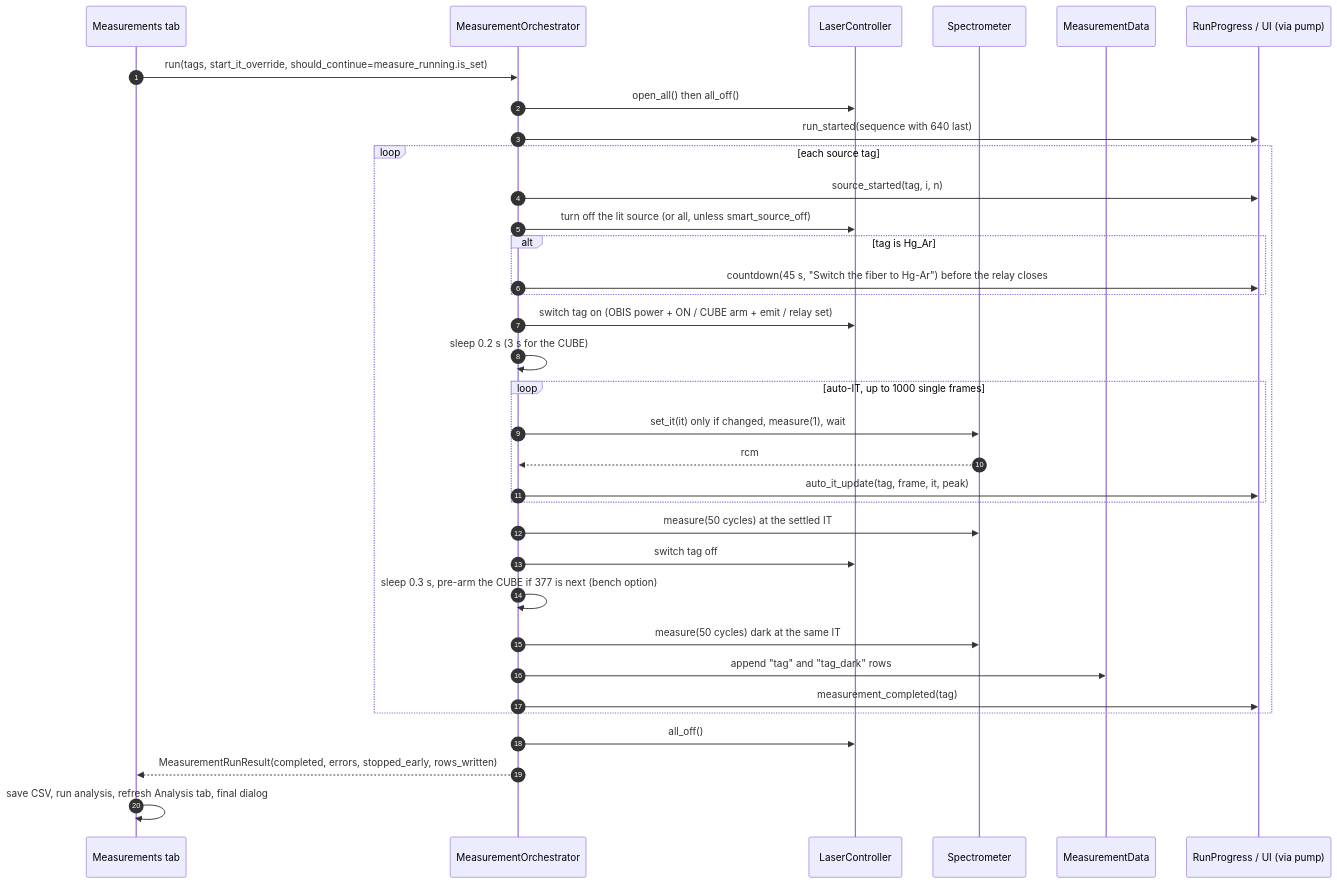
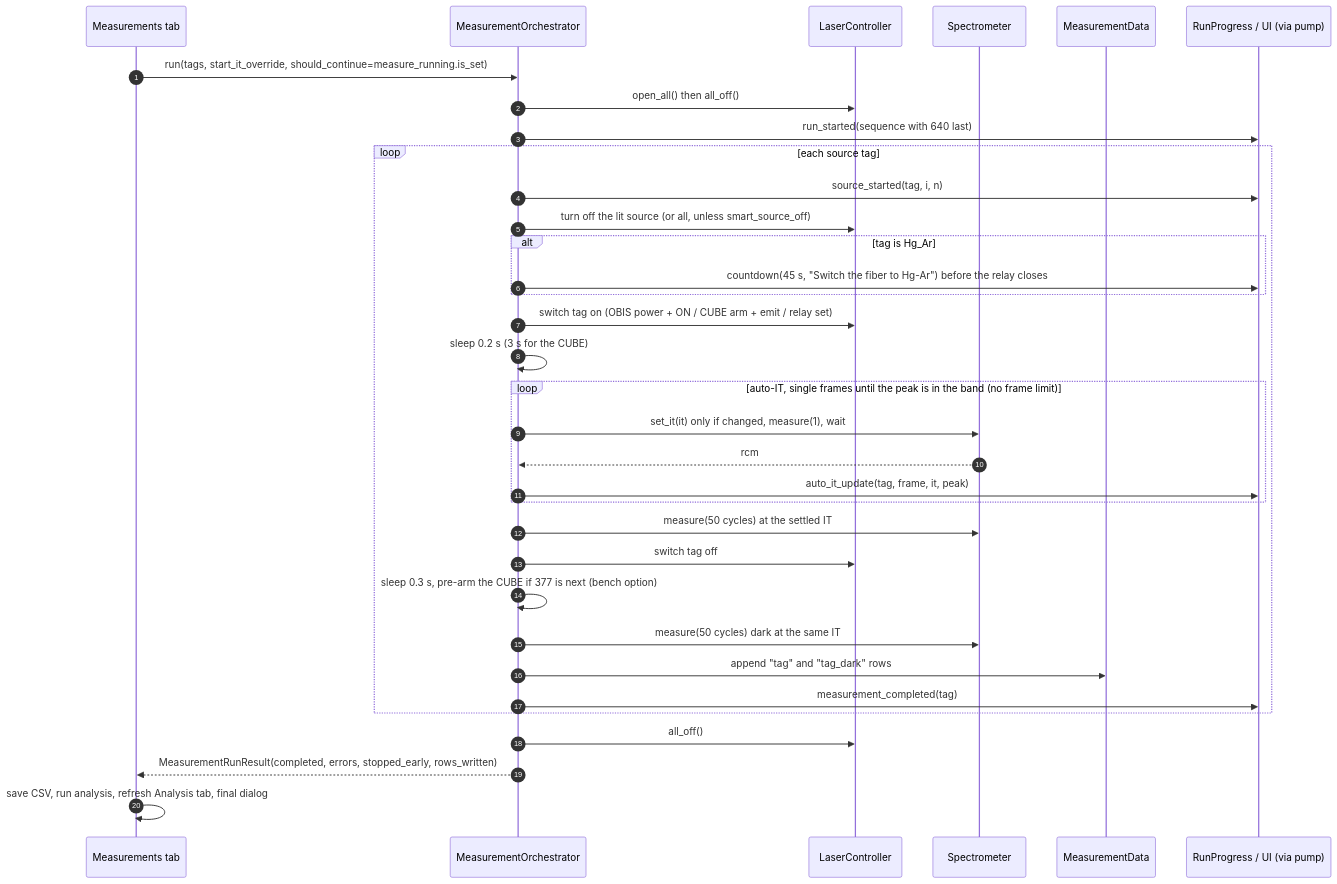
Diagram 12 of 18 in docs/design-document.md (ashutoshjoshi1/SciLab-V3.4), drawn with Mermaid before and after one commit. The commit also changed other lines of this file and 28 other files, not shown here.

````diff
--- a/docs/design-document.md
+++ b/docs/design-document.md
@@ -587,37 +590,37 @@
 ```mermaid
 sequenceDiagram
     autonumber
     participant Tab as Measurements tab
     participant O as MeasurementOrchestrator
     participant L as LaserController
     participant S as Spectrometer
     participant D as MeasurementData
     participant P as RunProgress / UI (via pump)
 
     Tab->>O: run(tags, start_it_override, should_continue=measure_running.is_set)
     O->>L: open_all() then all_off()
     O->>P: run_started(sequence with 640 last)
     loop each source tag
         O->>P: source_started(tag, i, n)
         O->>L: turn off the lit source (or all, unless smart_source_off)
         alt tag is Hg_Ar
             O->>P: countdown(45 s, "Switch the fiber to Hg-Ar") before the relay closes
         end
         O->>L: switch tag on (OBIS power + ON / CUBE arm + emit / relay set)
         O->>O: sleep 0.2 s (3 s for the CUBE)
-        loop auto-IT, up to 1000 single frames
+        loop auto-IT, single frames until the peak is in the band (no frame limit)
             O->>S: set_it(it) only if changed, measure(1), wait
             S-->>O: rcm
             O->>P: auto_it_update(tag, frame, it, peak)
         end
         O->>S: measure(50 cycles) at the settled IT
         O->>L: switch tag off
         O->>O: sleep 0.3 s, pre-arm the CUBE if 377 is next (bench option)
         O->>S: measure(50 cycles) dark at the same IT
         O->>D: append "tag" and "tag_dark" rows
         O->>P: measurement_completed(tag)
     end
     O->>L: all_off()
     O-->>Tab: MeasurementRunResult(completed, errors, stopped_early, rows_written)
     Tab->>Tab: save CSV, run analysis, refresh Analysis tab, final dialog
 ```
````
